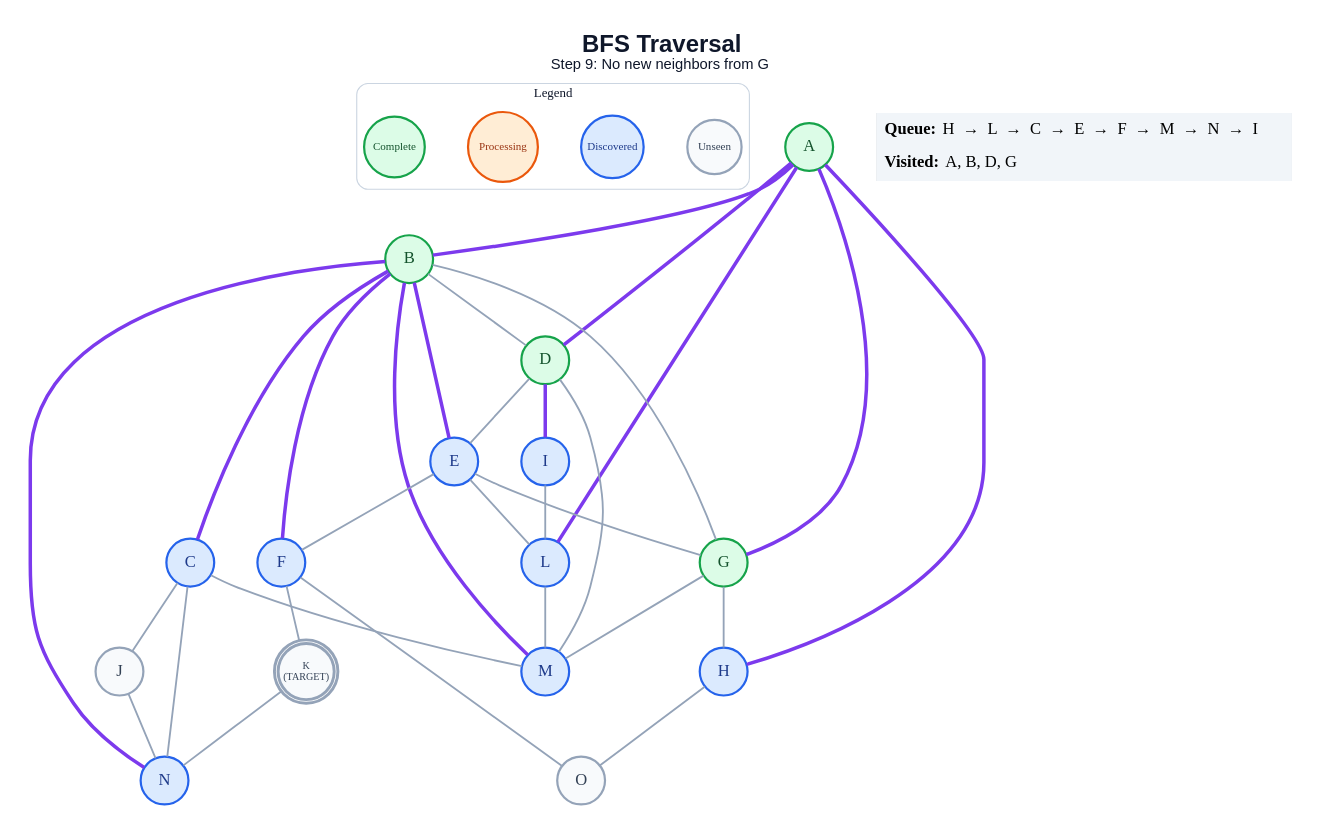
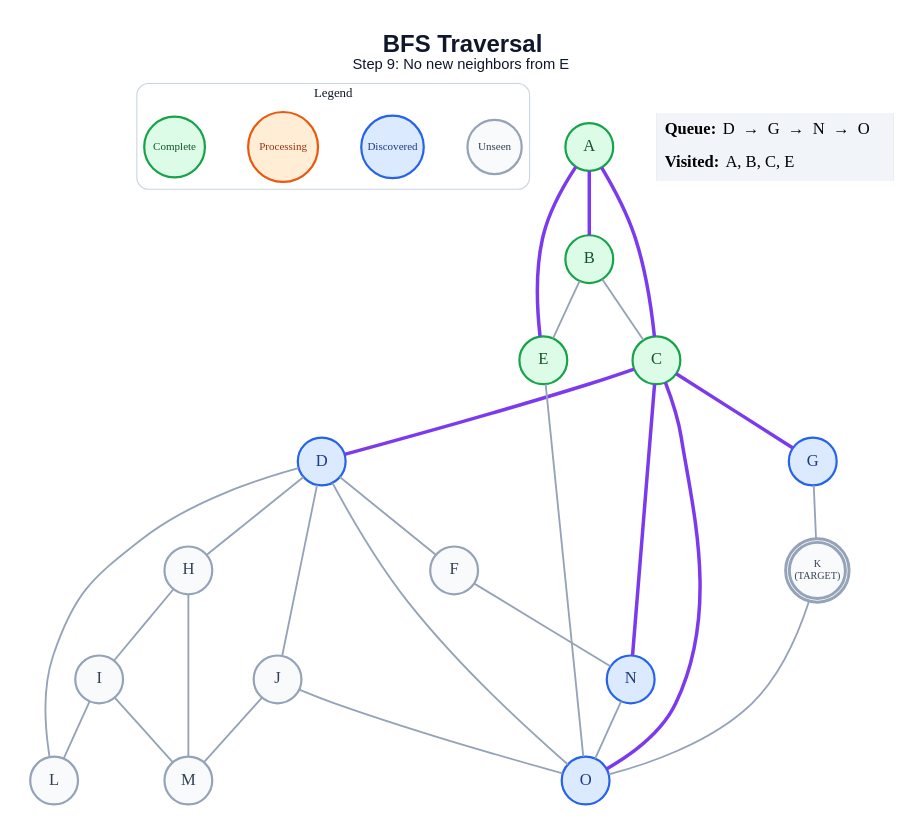
The diagram in generated/short-circuit/bfs/step_09.dot (anon7238593-create/ai-slop), drawn with Graphviz before and after one commit. The commit also changed 335 other files, not shown here.

```diff
--- a/generated/short-circuit/bfs/step_09.dot
+++ b/generated/short-circuit/bfs/step_09.dot
@@ -1,64 +1,59 @@
 graph traversal {
   graph [layout=dot, rankdir=TB, bgcolor="#FFFFFF", pad="0.35", nodesep="0.65", ranksep="0.8", fontname="Arial"];
   node [shape=circle, style="filled", fontname="Arial Bold", fontsize=18, width=0.72, fixedsize=true, penwidth=2.4];
   edge [color="#94A3B8", penwidth=2.0];
-  label=<<B>BFS Traversal</B><BR/><FONT POINT-SIZE="16">Step 9: No new neighbors from G</FONT>>; labelloc="t"; fontsize=26; fontname="Arial"; fontcolor="#0F172A";
+  label=<<B>BFS Traversal</B><BR/><FONT POINT-SIZE="16">Step 9: No new neighbors from E</FONT>>; labelloc="t"; fontsize=26; fontname="Arial"; fontcolor="#0F172A";
   subgraph cluster_legend { label="Legend"; color="#CBD5E1"; penwidth=1.2; style="rounded"; fontsize=14; fontname="Arial Bold";
     key_unseen [label="Unseen", fillcolor="#F8FAFC", color="#94A3B8", fontcolor="#334155", fontsize=12, width=0.82];
     key_frontier [label="Discovered", fillcolor="#DBEAFE", color="#2563EB", fontcolor="#1E3A8A", fontsize=12, width=0.95];
     key_current [label="Processing", fillcolor="#FFEDD5", color="#EA580C", fontcolor="#9A3412", fontsize=12, width=1.05];
     key_done [label="Complete", fillcolor="#DCFCE7", color="#16A34A", fontcolor="#14532D", fontsize=12, width=0.92];
     { rank=same; key_unseen; key_frontier; key_current; key_done; }
   }
   A [label="A", fillcolor="#DCFCE7", color="#16A34A", fontcolor="#14532D", peripheries=1, penwidth=2.4];
   B [label="B", fillcolor="#DCFCE7", color="#16A34A", fontcolor="#14532D", peripheries=1, penwidth=2.4];
-  C [label="C", fillcolor="#DBEAFE", color="#2563EB", fontcolor="#1E3A8A", peripheries=1, penwidth=2.4];
-  D [label="D", fillcolor="#DCFCE7", color="#16A34A", fontcolor="#14532D", peripheries=1, penwidth=2.4];
-  E [label="E", fillcolor="#DBEAFE", color="#2563EB", fontcolor="#1E3A8A", peripheries=1, penwidth=2.4];
-  F [label="F", fillcolor="#DBEAFE", color="#2563EB", fontcolor="#1E3A8A", peripheries=1, penwidth=2.4];
-  G [label="G", fillcolor="#DCFCE7", color="#16A34A", fontcolor="#14532D", peripheries=1, penwidth=2.4];
-  H [label="H", fillcolor="#DBEAFE", color="#2563EB", fontcolor="#1E3A8A", peripheries=1, penwidth=2.4];
-  I [label="I", fillcolor="#DBEAFE", color="#2563EB", fontcolor="#1E3A8A", peripheries=1, penwidth=2.4];
+  C [label="C", fillcolor="#DCFCE7", color="#16A34A", fontcolor="#14532D", peripheries=1, penwidth=2.4];
+  D [label="D", fillcolor="#DBEAFE", color="#2563EB", fontcolor="#1E3A8A", peripheries=1, penwidth=2.4];
+  E [label="E", fillcolor="#DCFCE7", color="#16A34A", fontcolor="#14532D", peripheries=1, penwidth=2.4];
+  F [label="F", fillcolor="#F8FAFC", color="#94A3B8", fontcolor="#334155", peripheries=1, penwidth=2.4];
+  G [label="G", fillcolor="#DBEAFE", color="#2563EB", fontcolor="#1E3A8A", peripheries=1, penwidth=2.4];
+  H [label="H", fillcolor="#F8FAFC", color="#94A3B8", fontcolor="#334155", peripheries=1, penwidth=2.4];
+  I [label="I", fillcolor="#F8FAFC", color="#94A3B8", fontcolor="#334155", peripheries=1, penwidth=2.4];
   J [label="J", fillcolor="#F8FAFC", color="#94A3B8", fontcolor="#334155", peripheries=1, penwidth=2.4];
   K [label="K\n(TARGET)", fillcolor="#F8FAFC", color="#94A3B8", fontcolor="#334155", peripheries=2, penwidth=3.2, fontsize=11, width=0.85, height=0.85];
-  L [label="L", fillcolor="#DBEAFE", color="#2563EB", fontcolor="#1E3A8A", peripheries=1, penwidth=2.4];
-  M [label="M", fillcolor="#DBEAFE", color="#2563EB", fontcolor="#1E3A8A", peripheries=1, penwidth=2.4];
+  L [label="L", fillcolor="#F8FAFC", color="#94A3B8", fontcolor="#334155", peripheries=1, penwidth=2.4];
+  M [label="M", fillcolor="#F8FAFC", color="#94A3B8", fontcolor="#334155", peripheries=1, penwidth=2.4];
   N [label="N", fillcolor="#DBEAFE", color="#2563EB", fontcolor="#1E3A8A", peripheries=1, penwidth=2.4];
-  O [label="O", fillcolor="#F8FAFC", color="#94A3B8", fontcolor="#334155", peripheries=1, penwidth=2.4];
+  O [label="O", fillcolor="#DBEAFE", color="#2563EB", fontcolor="#1E3A8A", peripheries=1, penwidth=2.4];
   A -- B [color="#7C3AED", penwidth=3.8];
-  A -- D [color="#7C3AED", penwidth=3.8];
-  A -- G [color="#7C3AED", penwidth=3.8];
-  A -- H [color="#7C3AED", penwidth=3.8];
-  A -- L [color="#7C3AED", penwidth=3.8];
-  B -- C [color="#7C3AED", penwidth=3.8];
-  B -- D;
-  B -- E [color="#7C3AED", penwidth=3.8];
-  B -- F [color="#7C3AED", penwidth=3.8];
-  B -- G;
-  B -- M [color="#7C3AED", penwidth=3.8];
-  B -- N [color="#7C3AED", penwidth=3.8];
-  C -- J;
-  C -- M;
-  C -- N;
-  D -- E;
-  D -- I [color="#7C3AED", penwidth=3.8];
-  D -- M;
-  E -- F;
-  E -- G;
-  E -- L;
-  F -- K;
-  F -- O;
-  G -- H;
-  G -- M;
-  H -- O;
+  A -- C [color="#7C3AED", penwidth=3.8];
+  A -- E [color="#7C3AED", penwidth=3.8];
+  B -- C;
+  B -- E;
+  C -- D [color="#7C3AED", penwidth=3.8];
+  C -- G [color="#7C3AED", penwidth=3.8];
+  C -- N [color="#7C3AED", penwidth=3.8];
+  C -- O [color="#7C3AED", penwidth=3.8];
+  D -- F;
+  D -- H;
+  D -- J;
+  D -- L;
+  D -- O;
+  E -- O;
+  F -- N;
+  G -- K;
+  H -- I;
+  H -- M;
   I -- L;
-  J -- N;
-  K -- N;
-  L -- M;
+  I -- M;
+  J -- M;
+  J -- O;
+  K -- O;
+  N -- O;
   status [shape=plain, fixedsize=false, width=0, height=0, margin=0, label=<
     <TABLE BORDER="0" CELLBORDER="0" CELLPADDING="7" BGCOLOR="#F1F5F9">
-      <TR><TD ALIGN="LEFT"><B>Queue:</B> H  →  L  →  C  →  E  →  F  →  M  →  N  →  I</TD></TR>
-      <TR><TD ALIGN="LEFT"><B>Visited:</B> A, B, D, G</TD></TR>
+      <TR><TD ALIGN="LEFT"><B>Queue:</B> D  →  G  →  N  →  O</TD></TR>
+      <TR><TD ALIGN="LEFT"><B>Visited:</B> A, B, C, E</TD></TR>
     </TABLE>
   >];
 }
```
